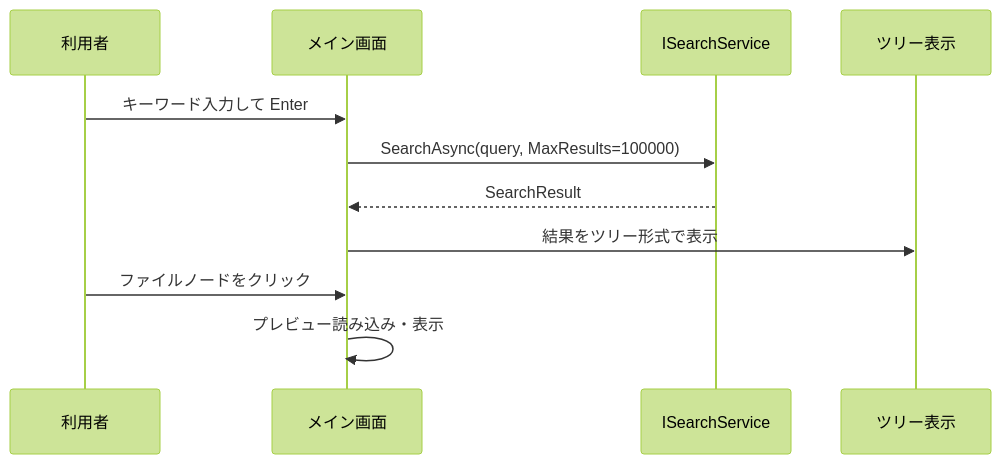
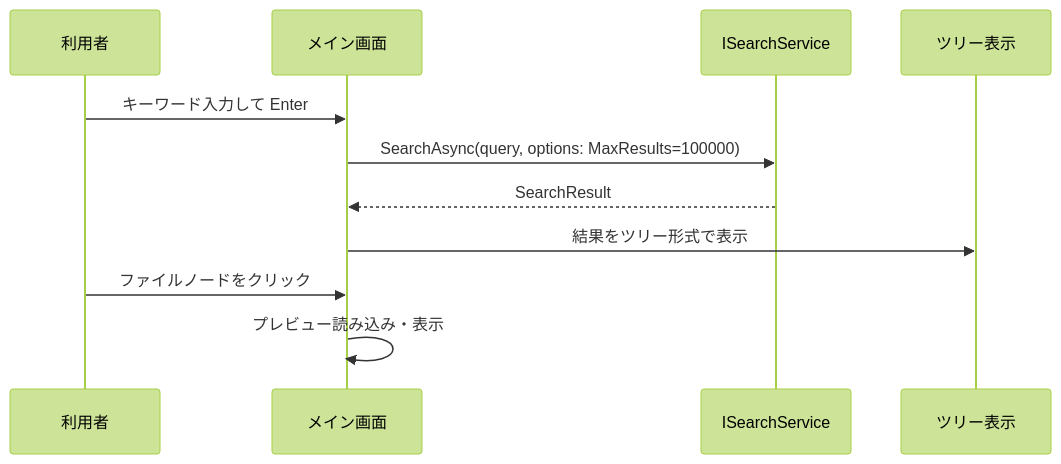
The third of 3 diagrams in docs/外部設計.md (zndmonya-dot/FileSearchApp-), drawn with Mermaid (forest theme) before and after one commit. The commit also changed other lines of this file and 7 other files, not shown here.

````diff
--- a/docs/外部設計.md
+++ b/docs/外部設計.md
@@ -146,13 +146,13 @@
 ```mermaid
 sequenceDiagram
   participant User as 利用者
   participant UI as メイン画面
   participant Search as ISearchService
   participant Tree as ツリー表示
   User->>UI: キーワード入力して Enter
-  UI->>Search: SearchAsync(query, MaxResults=100000)
+  UI->>Search: SearchAsync(query, options: MaxResults=100000)
   Search-->>UI: SearchResult
   UI->>Tree: 結果をツリー形式で表示
   User->>UI: ファイルノードをクリック
   UI->>UI: プレビュー読み込み・表示
 ```
````
